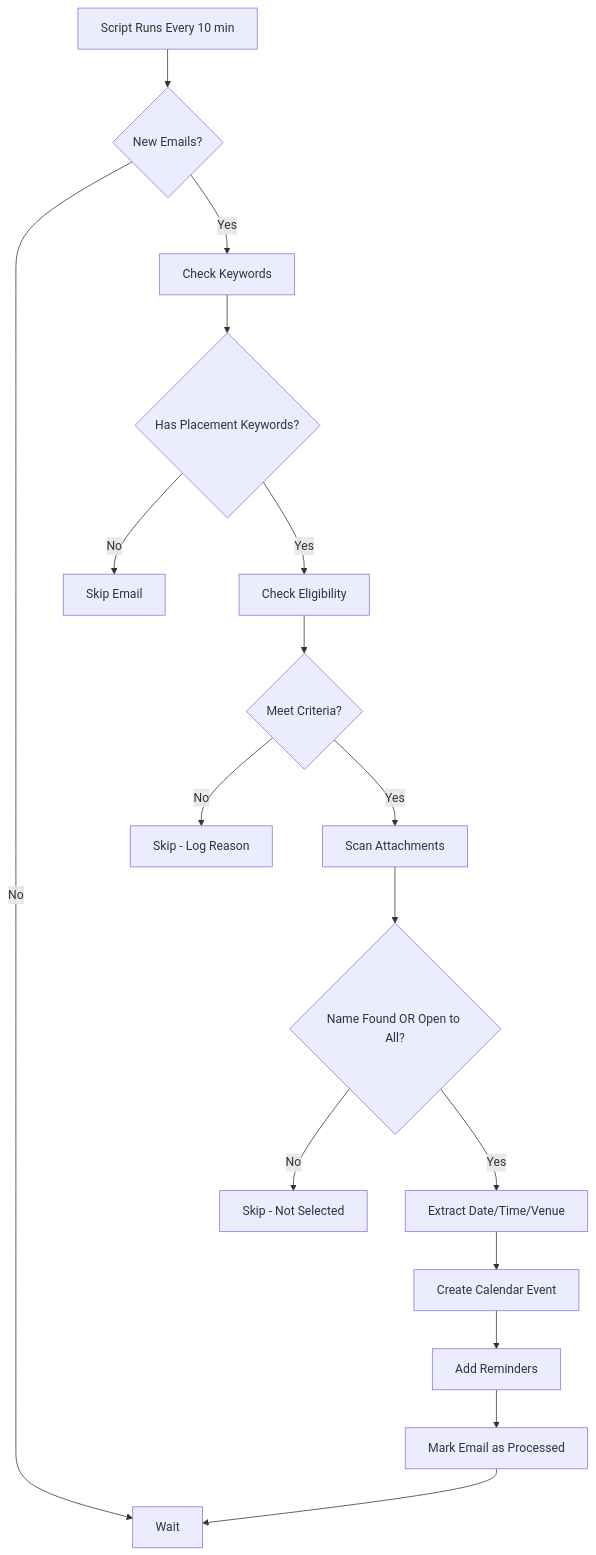
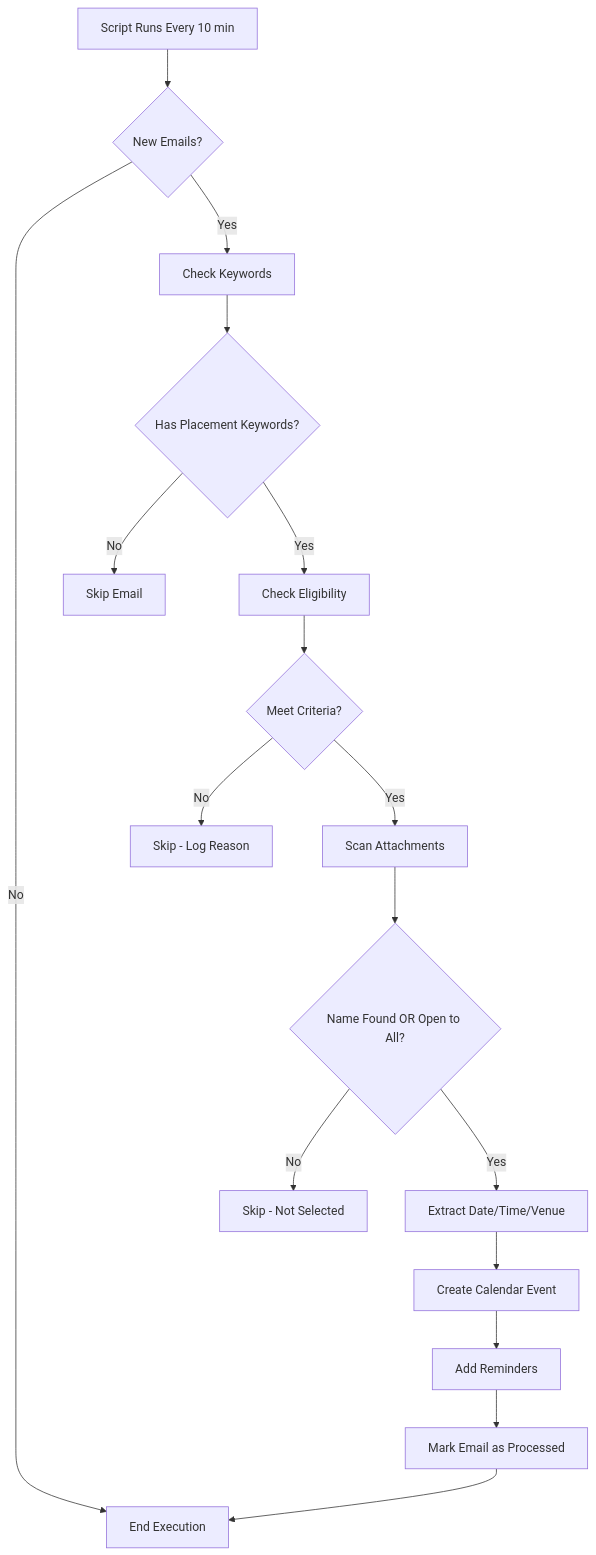
Before and after one commit to asif-mp3/Place-mate: the diagram in README.md, drawn with Mermaid.

````diff
--- a/README.md
+++ b/README.md
@@ -230,19 +230,19 @@
 ```mermaid
 graph TD
     A[Script Runs Every 10 min] --> B{New Emails?}
-    B -->|No| Z[Wait]
+    B -->|No| Z[End Execution]
     B -->|Yes| C[Check Keywords]
     C --> D{Has Placement Keywords?}
     D -->|No| E[Skip Email]
     D -->|Yes| F[Check Eligibility]
     F --> G{Meet Criteria?}
     G -->|No| H[Skip - Log Reason]
     G -->|Yes| I[Scan Attachments]
     I --> J{Name Found OR Open to All?}
     J -->|No| K[Skip - Not Selected]
     J -->|Yes| L[Extract Date/Time/Venue]
     L --> M[Create Calendar Event]
     M --> N[Add Reminders]
     N --> O[Mark Email as Processed]
     O --> Z
 ```
````
